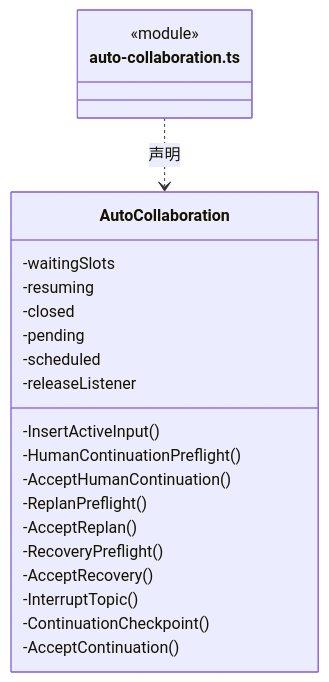
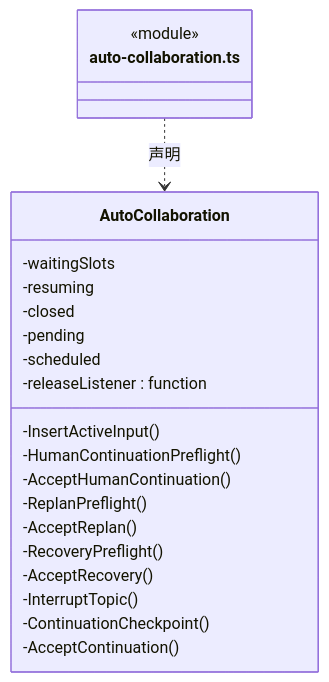
One commit to nan023062/cbim changed the second of 15 diagrams in src/logic/dispatch/runtime/ARCHITECTURE.md. Above: the diagram before and after it, drawn with Mermaid. The commit also changed other lines of this file and 137 other files, not shown here.

Commit message:
fix: align architecture generator with documentation standards

````diff
--- a/src/logic/dispatch/runtime/ARCHITECTURE.md
+++ b/src/logic/dispatch/runtime/ARCHITECTURE.md
@@ -212,25 +214,25 @@
 ```mermaid
 classDiagram
 class N_src_logic_dispatch_runtime_auto_collaboration_ts["auto-collaboration.ts"] {
   <<module>>
 }
 class N_src_logic_dispatch_runtime_auto_collaboration_ts_AutoCollaboration["AutoCollaboration"] {
   -waitingSlots
   -resuming
   -closed
   -pending
   -scheduled
-  -releaseListener
+  -releaseListener : function
   -InsertActiveInput()
   -HumanContinuationPreflight()
   -AcceptHumanContinuation()
   -ReplanPreflight()
   -AcceptReplan()
   -RecoveryPreflight()
   -AcceptRecovery()
   -InterruptTopic()
   -ContinuationCheckpoint()
   -AcceptContinuation()
 }
 N_src_logic_dispatch_runtime_auto_collaboration_ts ..> N_src_logic_dispatch_runtime_auto_collaboration_ts_AutoCollaboration : 声明
 ```
````
